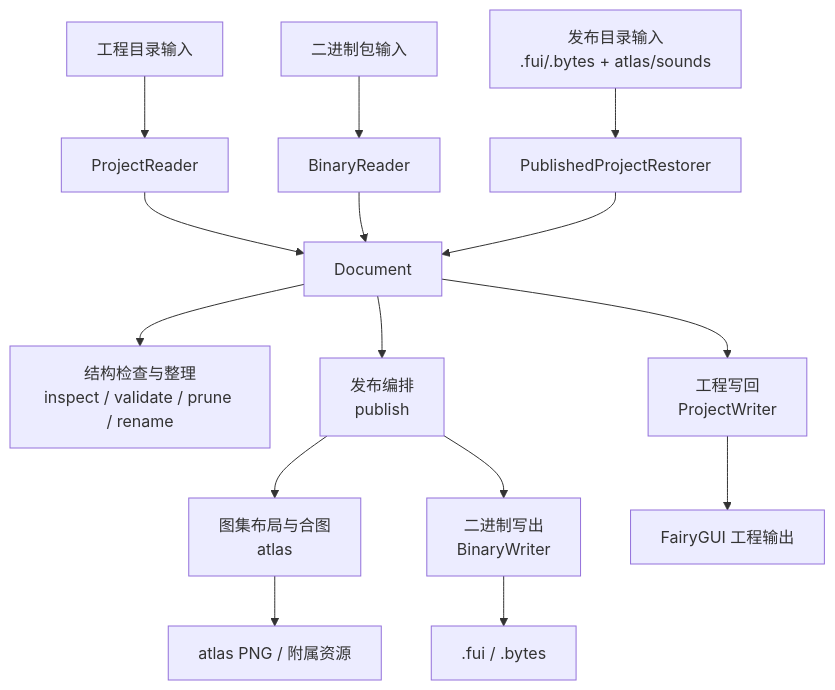
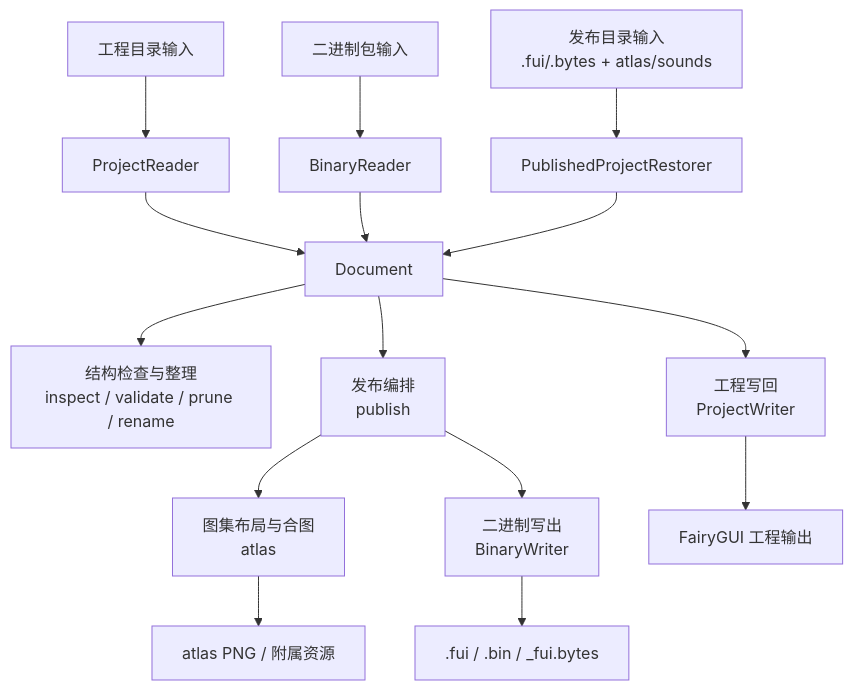
The second of 2 diagrams in docs/architecture-overview.md (OpenFairyGUI/OpenFairyGUI), drawn with Mermaid before and after one commit. The commit also changed other lines of this file and 5 other files, not shown here.

````diff
--- a/docs/architecture-overview.md
+++ b/docs/architecture-overview.md
@@ -184,17 +185,17 @@
 ```mermaid
 flowchart TD
     A["工程目录输入"] --> B["ProjectReader"]
     X["二进制包输入"] --> Y["BinaryReader"]
     R["发布目录输入<br/>.fui/.bytes + atlas/sounds"] --> S["PublishedProjectRestorer"]
     B --> C["Document"]
     Y --> C
     S --> C
     C --> D["结构检查与整理<br/>inspect / validate / prune / rename"]
     C --> E["发布编排<br/>publish"]
     C --> F["工程写回<br/>ProjectWriter"]
     E --> G["图集布局与合图<br/>atlas"]
     E --> H["二进制写出<br/>BinaryWriter"]
     F --> I["FairyGUI 工程输出"]
     G --> J["atlas PNG / 附属资源"]
-    H --> K[".fui / .bytes"]
+    H --> K[".fui / .bin / _fui.bytes"]
 ```
````
